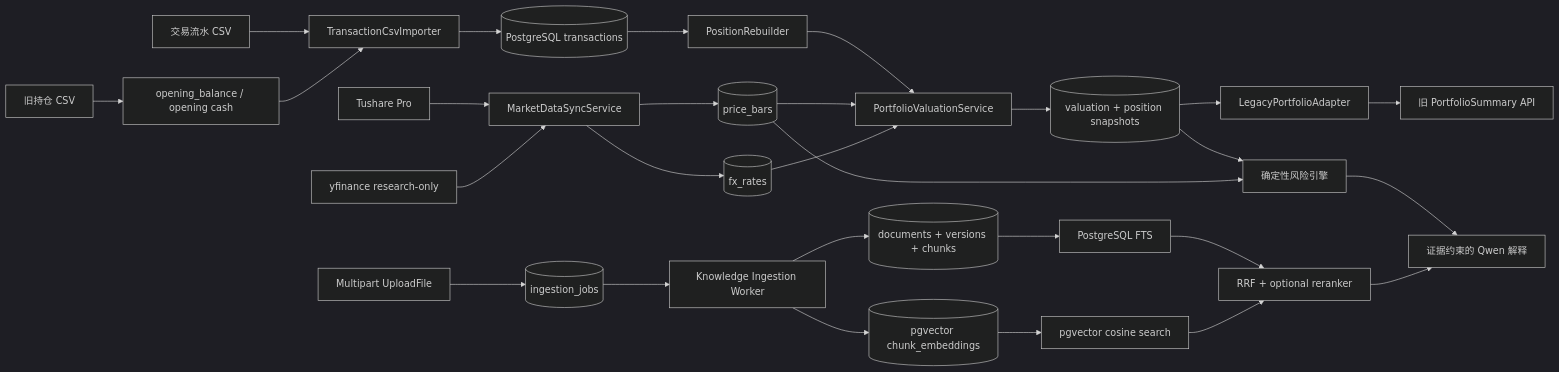
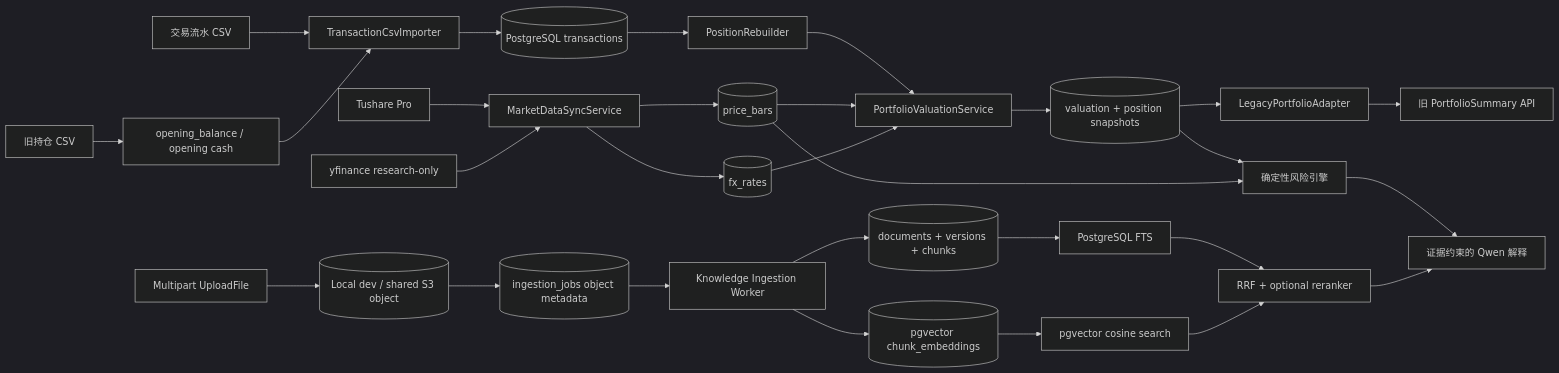
Before and after one commit to xjy0526/PortfolioPilot: the diagram in docs/architecture.md, drawn with Mermaid (dark theme). The commit also changed other lines of this file and 31 other files, not shown here.

````diff
--- a/docs/architecture.md
+++ b/docs/architecture.md
@@ -50,34 +50,35 @@
 ```mermaid
 flowchart LR
     CSV[交易流水 CSV] --> IMPORT[TransactionCsvImporter]
     LEGACY[旧持仓 CSV] --> OPENING[opening_balance / opening cash]
     OPENING --> IMPORT
     IMPORT --> TX[(PostgreSQL transactions)]
 
     TS[Tushare Pro] --> SYNC[MarketDataSyncService]
     YF[yfinance research-only] --> SYNC
     SYNC --> PB[(price_bars)]
     SYNC --> FX[(fx_rates)]
 
     TX --> REBUILD[PositionRebuilder]
     REBUILD --> VAL[PortfolioValuationService]
     PB --> VAL
     FX --> VAL
     VAL --> VS[(valuation + position snapshots)]
 
     VS --> LEGACY_ADAPTER[LegacyPortfolioAdapter]
     LEGACY_ADAPTER --> UI[旧 PortfolioSummary API]
     VS --> RISK[确定性风险引擎]
     PB --> RISK
     RISK --> LLM[证据约束的 Qwen 解释]
 
-    UPLOAD[Multipart UploadFile] --> IJ[(ingestion_jobs)]
+    UPLOAD[Multipart UploadFile] --> OS[(Local dev / shared S3 object)]
+    OS --> IJ[(ingestion_jobs object metadata)]
     IJ --> IW[Knowledge Ingestion Worker]
     IW --> RD[(documents + versions + chunks)]
     IW --> CE[(pgvector chunk_embeddings)]
     RD --> FTS[PostgreSQL FTS]
     CE --> DENSE[pgvector cosine search]
     FTS --> RRF[RRF + optional reranker]
     DENSE --> RRF
     RRF --> LLM
 ```
````
